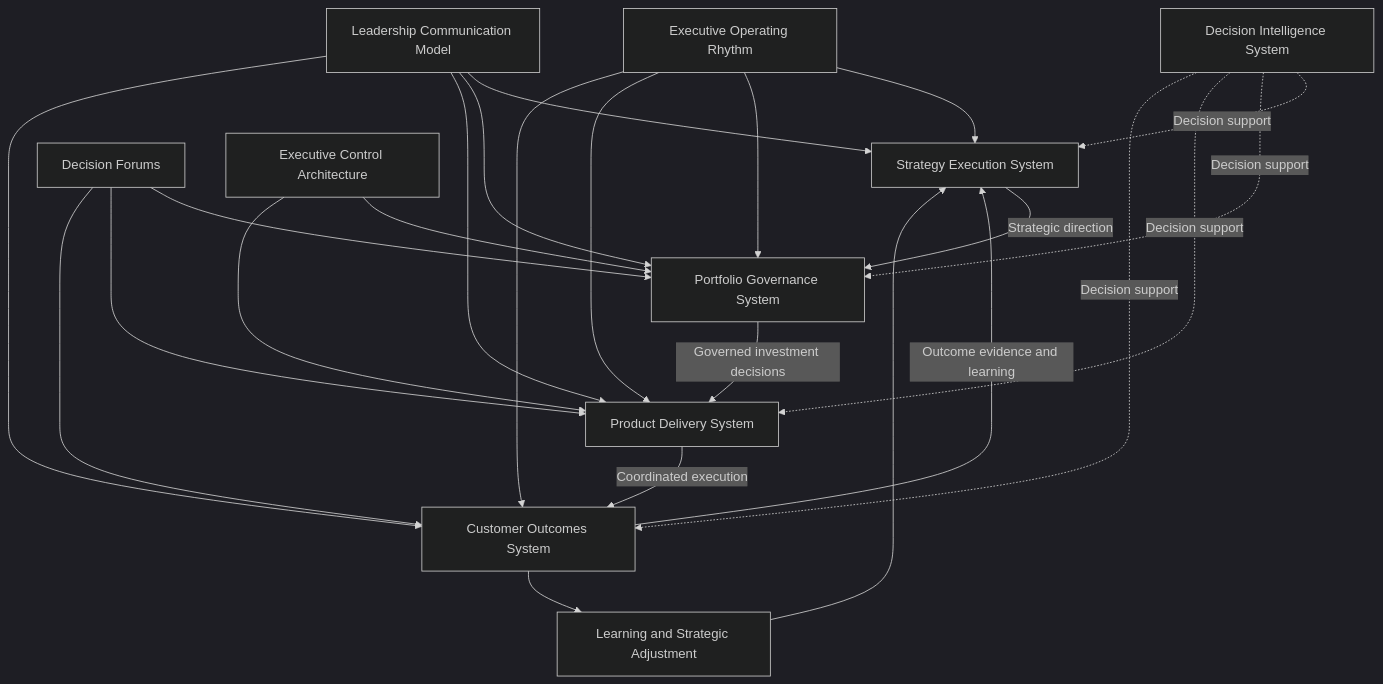
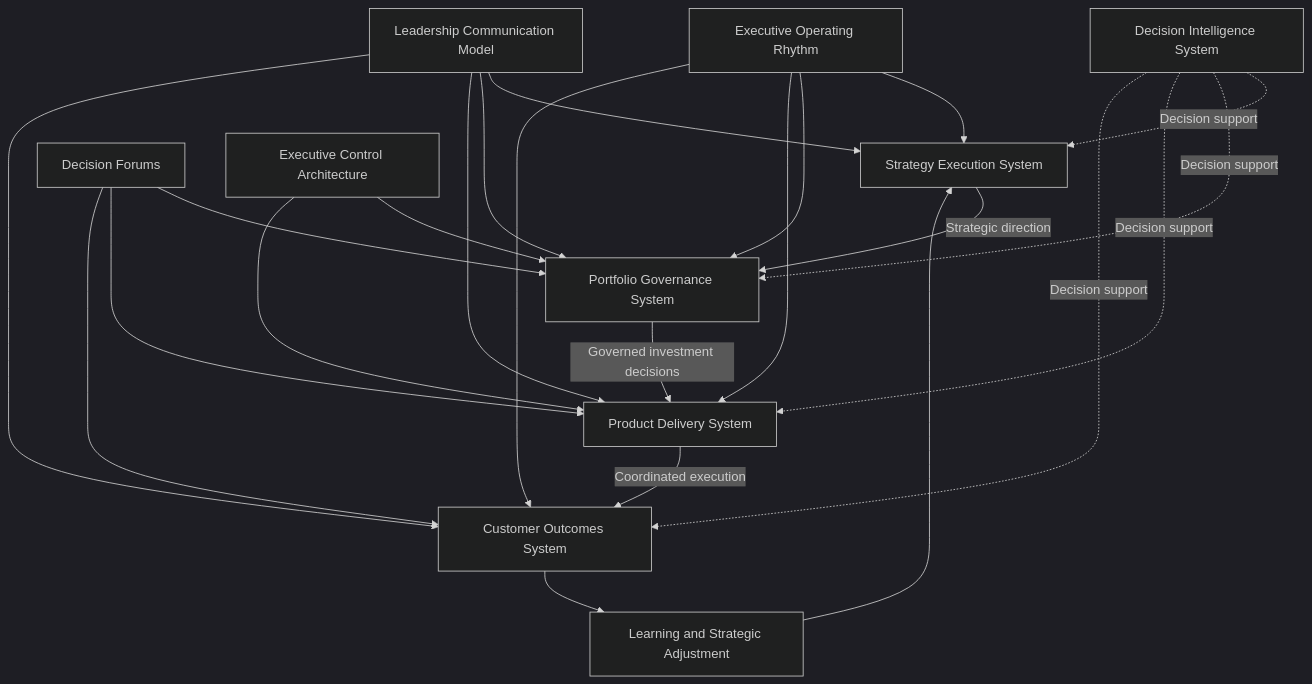
One commit to ChuckFerrando/product-leadership-operating-model changed the first of 2 diagrams in diagrams/PRODUCT_LEADERSHIP_OPERATING_MODEL_DIAGRAM.md. Above: the diagram before and after it, drawn with Mermaid (dark theme). The commit also changed other lines of this file, not shown here.

````diff
--- a/diagrams/PRODUCT_LEADERSHIP_OPERATING_MODEL_DIAGRAM.md
+++ b/diagrams/PRODUCT_LEADERSHIP_OPERATING_MODEL_DIAGRAM.md
@@ -36,47 +36,46 @@
 ```mermaid
 flowchart TB
 
     A[Strategy Execution System]
     B[Portfolio Governance System]
     C[Product Delivery System]
     D[Customer Outcomes System]
 
     A -->|Strategic direction| B
     B -->|Governed investment decisions| C
     C -->|Coordinated execution| D
-    D -->|Outcome evidence and learning| A
 
     E[Decision Intelligence System]
 
     E -.Decision support.-> A
     E -.Decision support.-> B
     E -.Decision support.-> C
     E -.Decision support.-> D
 
     F[Executive Operating Rhythm]
     G[Decision Forums]
     H[Leadership Communication Model]
     I[Executive Control Architecture]
 
     F --> A
     F --> B
     F --> C
     F --> D
 
     G --> B
     G --> C
     G --> D
 
     H --> A
     H --> B
     H --> C
     H --> D
 
     I --> B
     I --> C
 
     J[Learning and Strategic Adjustment]
 
     D --> J
     J --> A
 ```
````
